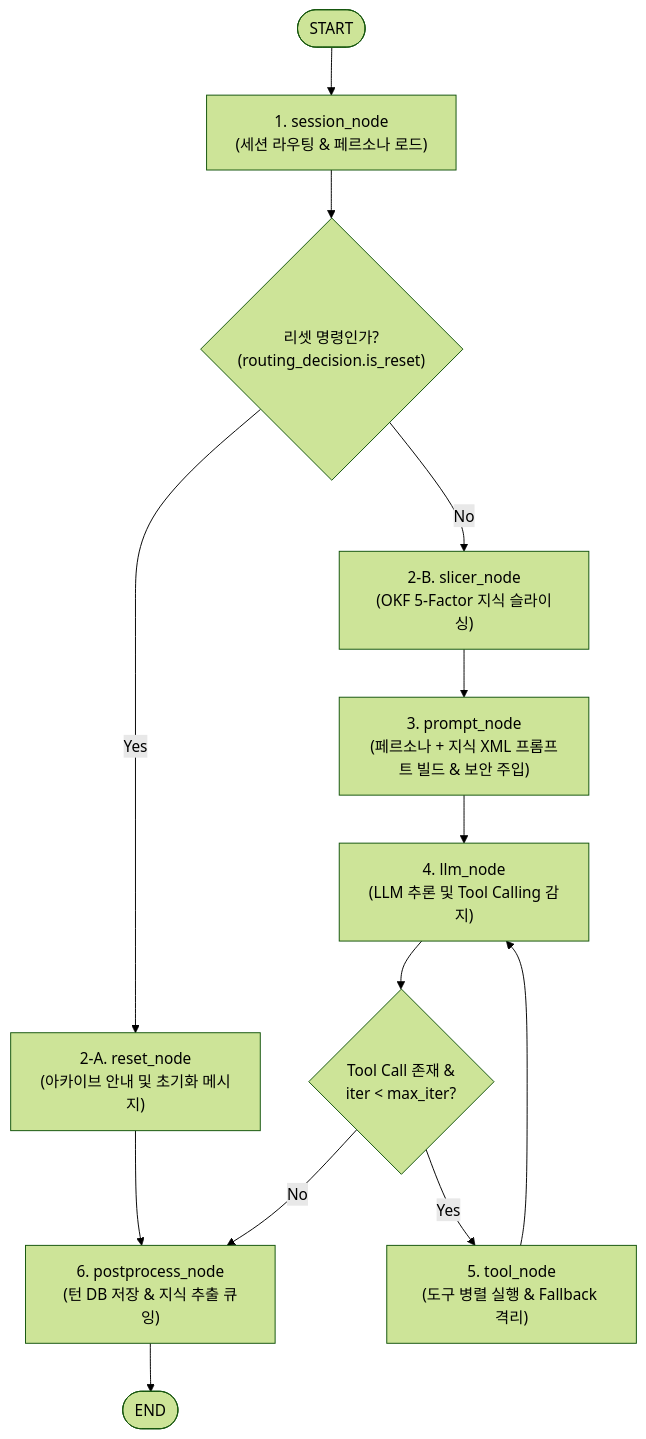
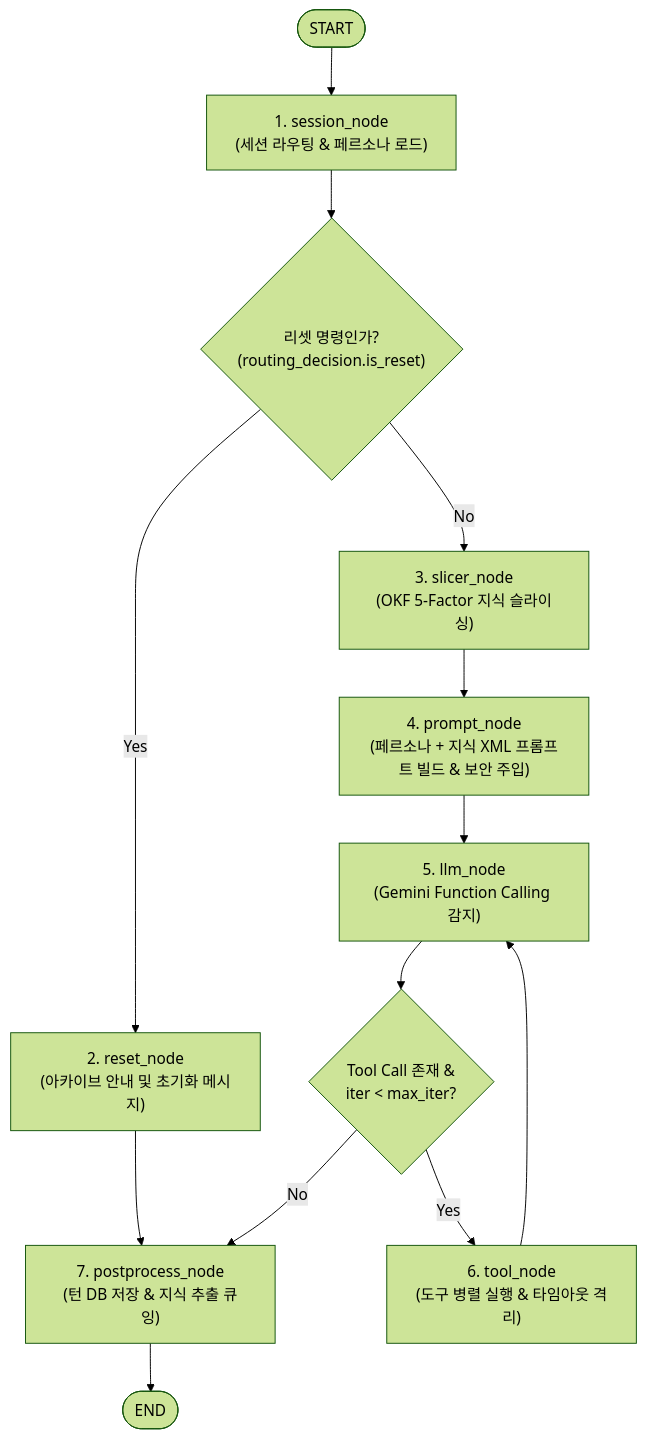
One commit to rujino/TARS changed the diagram in docs/LANGGRAPH_REFACTORING_TASKS.md. Above: the diagram before and after it, drawn with Mermaid (forest theme). The commit also changed other lines of this file and 8 other files, not shown here.

````diff
--- a/docs/LANGGRAPH_REFACTORING_TASKS.md
+++ b/docs/LANGGRAPH_REFACTORING_TASKS.md
@@ -18,23 +15,23 @@
 ```mermaid
 flowchart TD
     START([START]) --> session_node["1. session_node<br/>(세션 라우팅 & 페르소나 로드)"]
     session_node --> is_reset{"리셋 명령인가?<br/>(routing_decision.is_reset)"}
     
     %% 리셋 분기
-    is_reset -- Yes --> reset_node["2-A. reset_node<br/>(아카이브 안내 및 초기화 메시지)"]
-    reset_node --> postprocess_node["6. postprocess_node<br/>(턴 DB 저장 & 지식 추출 큐잉)"]
+    is_reset -- Yes --> reset_node["2. reset_node<br/>(아카이브 안내 및 초기화 메시지)"]
+    reset_node --> postprocess_node["7. postprocess_node<br/>(턴 DB 저장 & 지식 추출 큐잉)"]
     
     %% 일반 대화 분기
-    is_reset -- No --> slicer_node["2-B. slicer_node<br/>(OKF 5-Factor 지식 슬라이싱)"]
-    slicer_node --> prompt_node["3. prompt_node<br/>(페르소나 + 지식 XML 프롬프트 빌드 & 보안 주입)"]
-    prompt_node --> llm_node["4. llm_node<br/>(LLM 추론 및 Tool Calling 감지)"]
+    is_reset -- No --> slicer_node["3. slicer_node<br/>(OKF 5-Factor 지식 슬라이싱)"]
+    slicer_node --> prompt_node["4. prompt_node<br/>(페르소나 + 지식 XML 프롬프트 빌드 & 보안 주입)"]
+    prompt_node --> llm_node["5. llm_node<br/>(Gemini Function Calling 감지)"]
     
     %% ReAct 루프
     llm_node --> should_continue{"Tool Call 존재 &<br/>iter < max_iter?"}
-    should_continue -- Yes --> tool_node["5. tool_node<br/>(도구 병렬 실행 & Fallback 격리)"]
+    should_continue -- Yes --> tool_node["6. tool_node<br/>(도구 병렬 실행 & 타임아웃 격리)"]
     tool_node --> llm_node
     
     %% 정상 종료
     should_continue -- No --> postprocess_node
     postprocess_node --> END([END])
 ```
````
